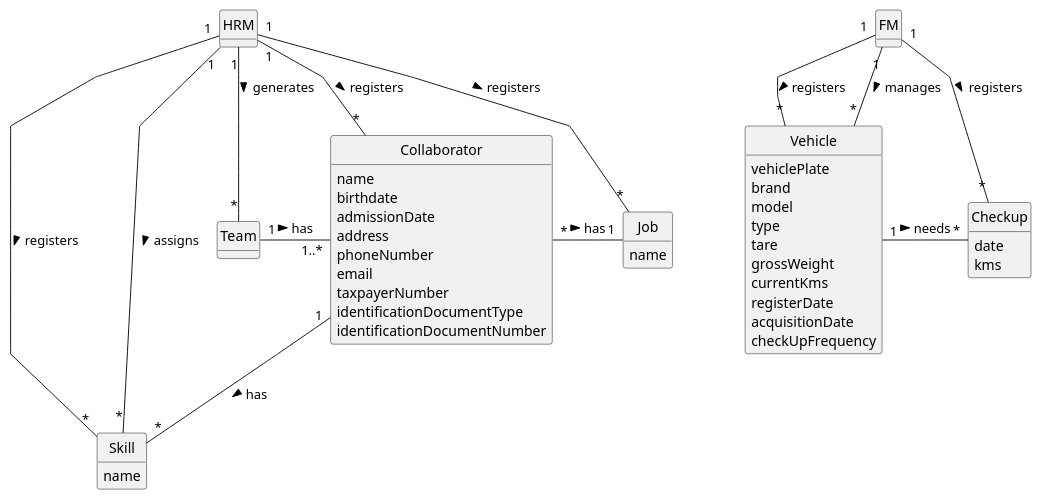
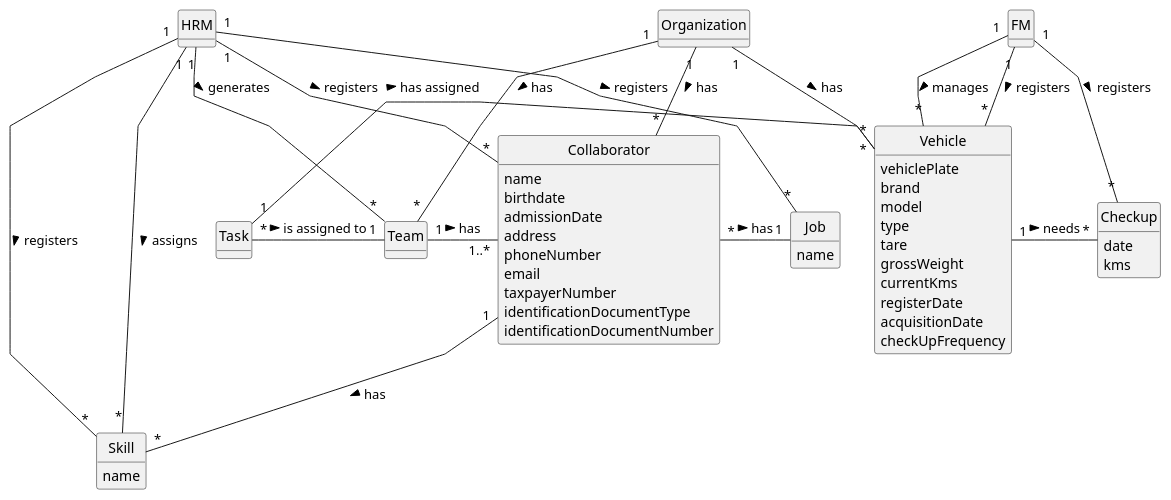
The diagram in docs/sprintA/global-artifacts/02.analysis/puml/project-domain-model.puml (Departamento-de-Engenharia-Informatica/lei-24-s2-1dm-g132), drawn with PlantUML before and after one commit. The commit also changed 1 other file, not shown here.

```diff
--- a/docs/sprintA/global-artifacts/02.analysis/puml/project-domain-model.puml
+++ b/docs/sprintA/global-artifacts/02.analysis/puml/project-domain-model.puml
@@ -1,79 +1,90 @@
 @startuml
 skinparam monochrome true
 skinparam packageStyle rectangle
 skinparam shadowing false
 'skinparam linetype ortho
 skinparam linetype polyline
 'left to right direction
 skinparam classAttributeIconSize 0
 hide circle
 hide methods
 
 'title Domain Model
 
 'class Platform {
 '  -description
 '}
 
 class HRM {
 }
 
 class FM {
+}
+
+class Organization{
 }
 
 class Skill {
     name
 }
 
 class Job {
     name
 }
 
 class Collaborator {
     name
     birthdate
     admissionDate
     address
     phoneNumber
     email
     taxpayerNumber
     identificationDocumentType
     identificationDocumentNumber
 }
 
 class Team {
 }
 
+class Task {
+}
+
 class Vehicle {
     vehiclePlate
     brand
     model
     type
     tare
     grossWeight
     currentKms
     registerDate
     acquisitionDate
     checkUpFrequency
 }
 
 class Checkup {
     date
     kms
 }
 
 HRM "1" - "*" Skill : registers >
 HRM "1" - "*" Job : registers >
 HRM "1" -- "*" Collaborator : registers >
 HRM "1" -- "*" Skill : assigns >
 HRM "1" -- "*" Team : generates >
+Organization "1" -- "*" Collaborator : has >
+Organization "1" -- "*" Team : has >
 Collaborator "*" - "1" Job : has >
 Collaborator "1" -- "*" Skill : has >
 Team "1" - "1..*" Collaborator : has >
+Task "*" - "1" Team : is assigned to >
 FM "1" -- "*" Vehicle : registers >
 FM "1" -- "*" Vehicle : manages >
 Vehicle "1" - "*" Checkup : needs >
+Task "1" - "*" Vehicle : has assigned >
 FM "1" -- "*" Checkup : registers >
+Organization "1" -- "*" Vehicle : has >
 
 
 @enduml
```
